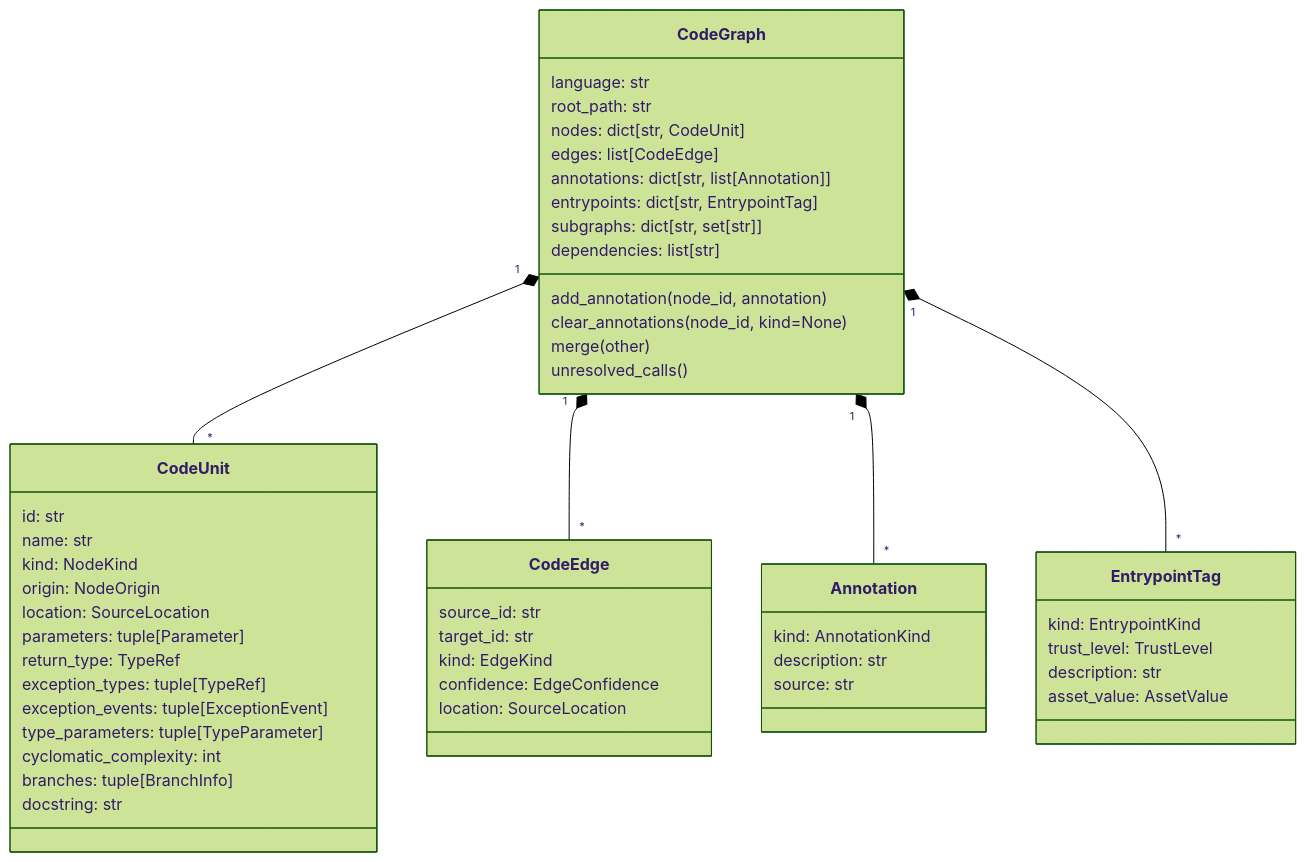
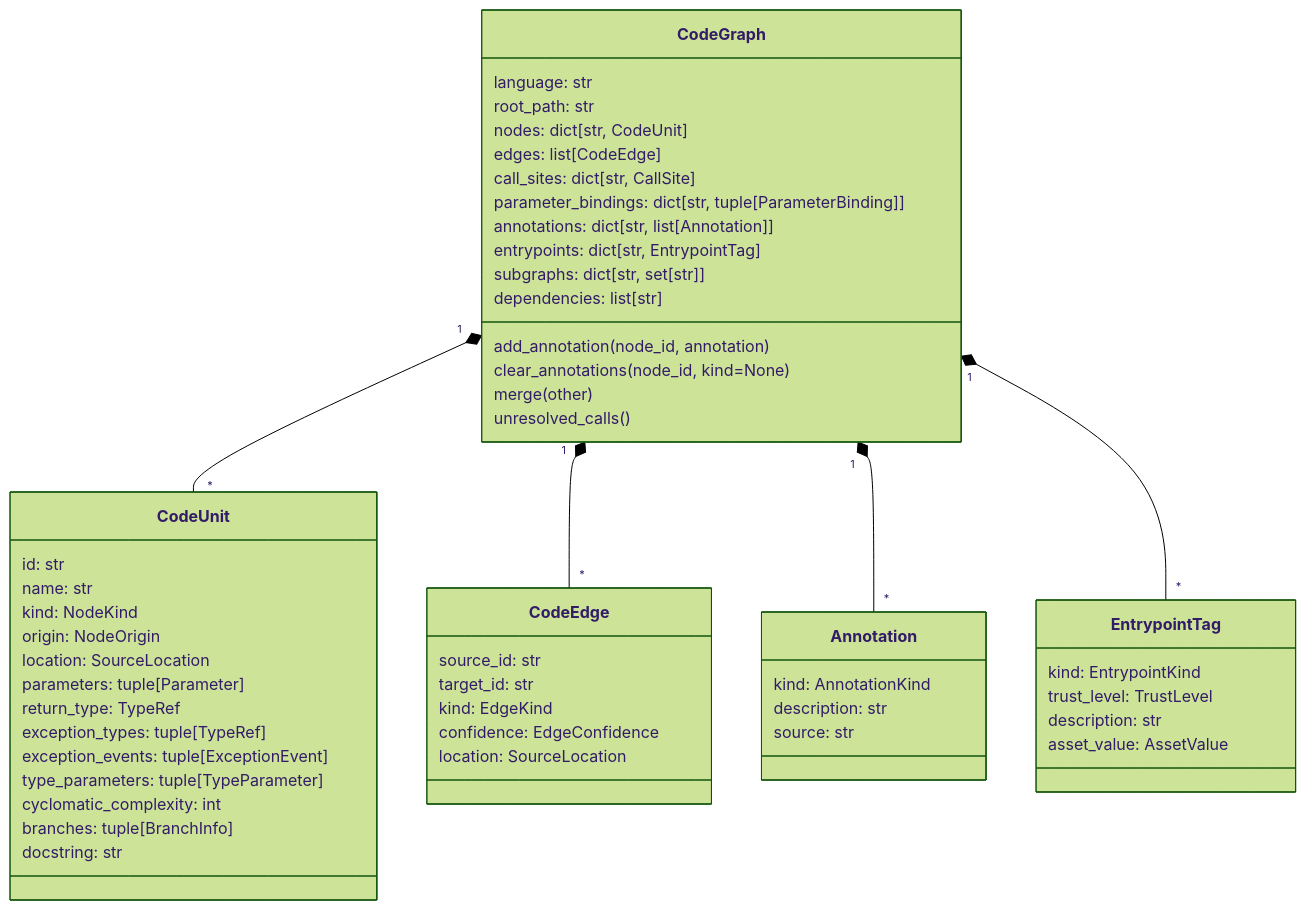
The diagram in docs/graph-model.md (trailofbits/trailmark), drawn with Mermaid (forest theme) before and after one commit. The commit also changed other lines of this file and 75 other files, not shown here.

````diff
--- a/docs/graph-model.md
+++ b/docs/graph-model.md
@@ -7,59 +7,61 @@
 ```mermaid
 classDiagram
     class CodeGraph {
         language: str
         root_path: str
         nodes: dict[str, CodeUnit]
         edges: list[CodeEdge]
+        call_sites: dict[str, CallSite]
+        parameter_bindings: dict[str, tuple[ParameterBinding]]
         annotations: dict[str, list[Annotation]]
         entrypoints: dict[str, EntrypointTag]
         subgraphs: dict[str, set[str]]
         dependencies: list[str]
         add_annotation(node_id, annotation)
         clear_annotations(node_id, kind=None)
         merge(other)
         unresolved_calls()
     }
 
     class CodeUnit {
         id: str
         name: str
         kind: NodeKind
         origin: NodeOrigin
         location: SourceLocation
         parameters: tuple[Parameter]
         return_type: TypeRef
         exception_types: tuple[TypeRef]
         exception_events: tuple[ExceptionEvent]
         type_parameters: tuple[TypeParameter]
         cyclomatic_complexity: int
         branches: tuple[BranchInfo]
         docstring: str
     }
 
     class CodeEdge {
         source_id: str
         target_id: str
         kind: EdgeKind
         confidence: EdgeConfidence
         location: SourceLocation
     }
 
     class Annotation {
         kind: AnnotationKind
         description: str
         source: str
     }
 
     class EntrypointTag {
         kind: EntrypointKind
         trust_level: TrustLevel
         description: str
         asset_value: AssetValue
     }
 
     CodeGraph "1" *-- "*" CodeUnit
     CodeGraph "1" *-- "*" CodeEdge
     CodeGraph "1" *-- "*" Annotation
     CodeGraph "1" *-- "*" EntrypointTag
 ```
````
